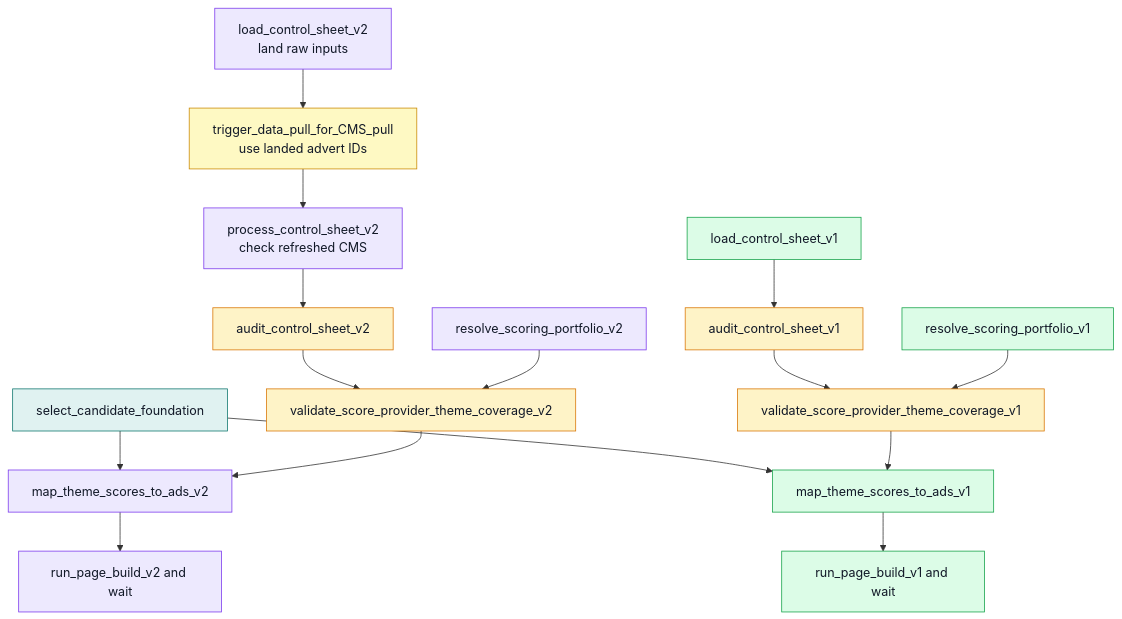
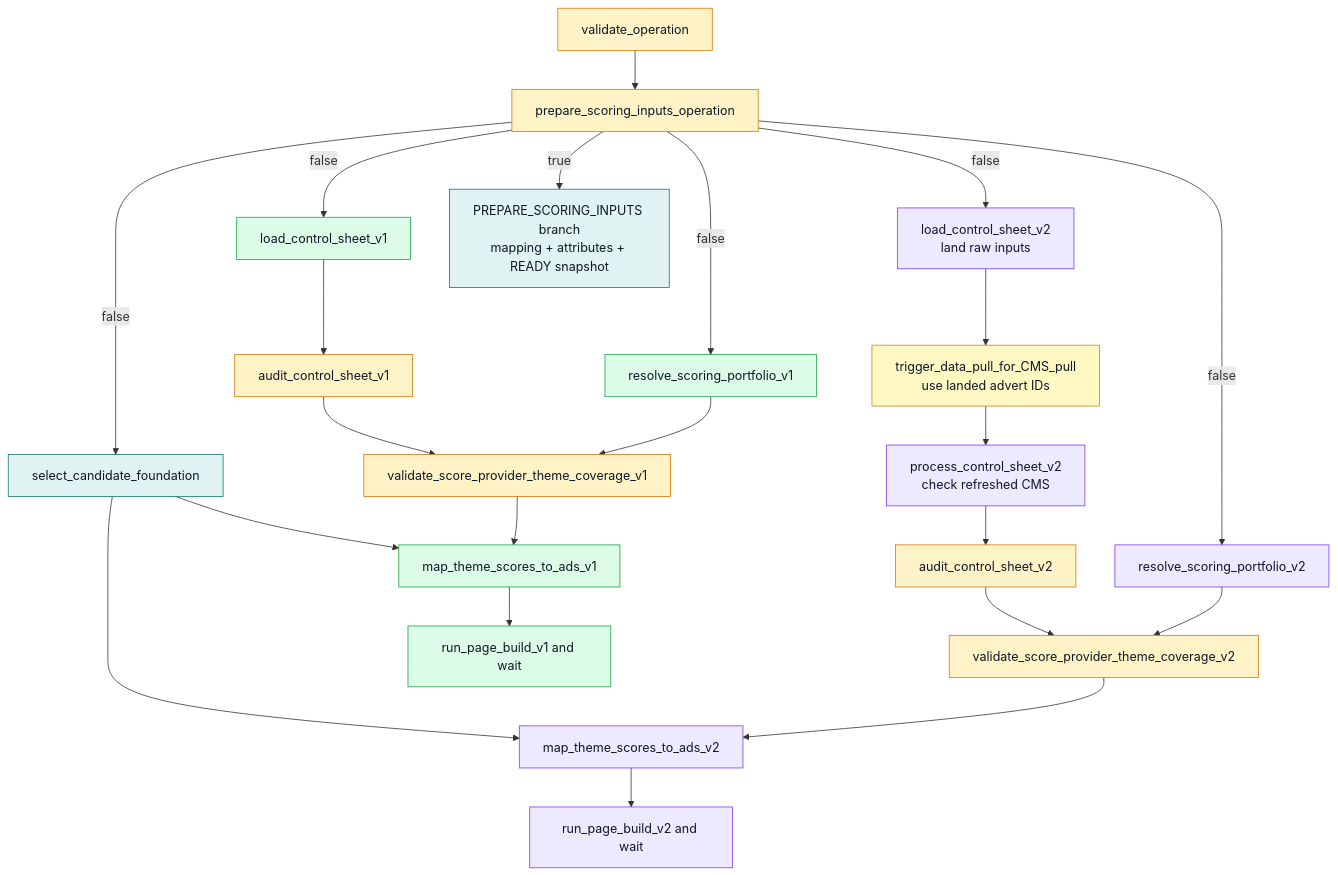
One commit to swblain-glyndwr/personal_project changed the second of 2 diagrams in docs/architecture/v1_v2_parallel_route.md. Above: the diagram before and after it, drawn with Mermaid. The commit also changed other lines of this file and 26 other files, not shown here.

````diff
--- a/docs/architecture/v1_v2_parallel_route.md
+++ b/docs/architecture/v1_v2_parallel_route.md
@@ -92,33 +93,43 @@
 ```mermaid
 flowchart TD
   classDef shared fill:#e0f2f1,stroke:#0f766e,color:#111827
   classDef v1 fill:#dcfce7,stroke:#16a34a,color:#111827
   classDef v2 fill:#ede9fe,stroke:#7c3aed,color:#111827
   classDef guard fill:#fef3c7,stroke:#d97706,color:#111827
   classDef external fill:#fef9c3,stroke:#ca8a04,color:#111827
 
   FOUNDATION["select_candidate_foundation"]:::shared
   LOAD_V1["load_control_sheet_v1"]:::v1
   AUDIT_V1["audit_control_sheet_v1"]:::guard
   LOAD_V2["load_control_sheet_v2<br/>land raw inputs"]:::v2
   CMS["trigger_data_pull_for_CMS_pull<br/>use landed advert IDs"]:::external
+  VALIDATE["validate_operation"]:::guard
+  OPERATION["prepare_scoring_inputs_operation"]:::guard
+  PREP_INPUTS["PREPARE_SCORING_INPUTS branch<br/>mapping + attributes + READY snapshot"]:::shared
   PROCESS_V2["process_control_sheet_v2<br/>check refreshed CMS"]:::v2
   AUDIT_V2["audit_control_sheet_v2"]:::guard
   SELECT_V1["resolve_scoring_portfolio_v1"]:::v1
   SELECT_V2["resolve_scoring_portfolio_v2"]:::v2
   COVER_V1["validate_score_provider_theme_coverage_v1"]:::guard
   COVER_V2["validate_score_provider_theme_coverage_v2"]:::guard
   MAP_V1["map_theme_scores_to_ads_v1"]:::v1
   MAP_V2["map_theme_scores_to_ads_v2"]:::v2
   PAGE_V1["run_page_build_v1 and wait"]:::v1
   PAGE_V2["run_page_build_v2 and wait"]:::v2
 
+  VALIDATE --> OPERATION
+  OPERATION -- true --> PREP_INPUTS
+  OPERATION -- false --> LOAD_V1
+  OPERATION -- false --> LOAD_V2
+  OPERATION -- false --> FOUNDATION
+  OPERATION -- false --> SELECT_V1
+  OPERATION -- false --> SELECT_V2
   LOAD_V1 --> AUDIT_V1 --> COVER_V1
   SELECT_V1 --> COVER_V1
   LOAD_V2 --> CMS --> PROCESS_V2 --> AUDIT_V2 --> COVER_V2
   SELECT_V2 --> COVER_V2
   FOUNDATION --> MAP_V1
   FOUNDATION --> MAP_V2
   COVER_V1 --> MAP_V1 --> PAGE_V1
   COVER_V2 --> MAP_V2 --> PAGE_V2
 ```
````
